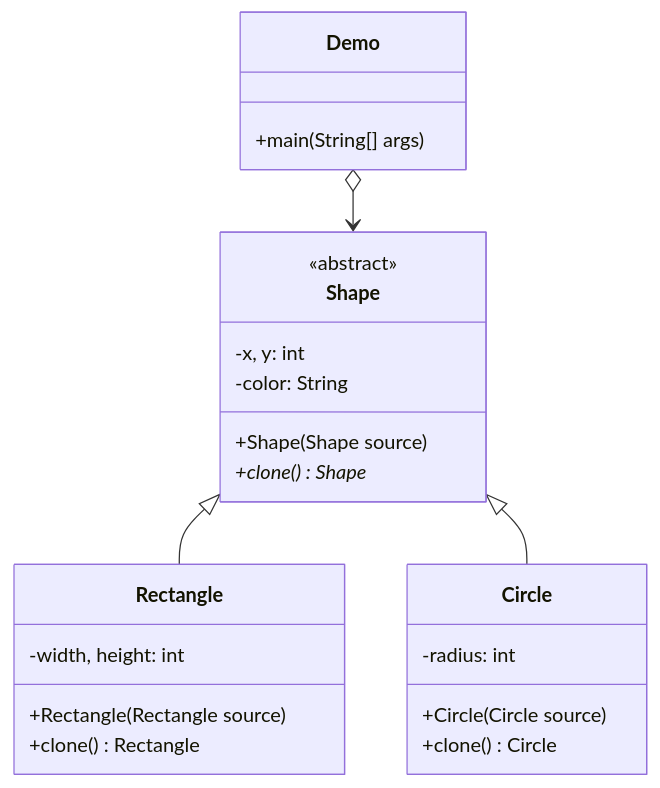
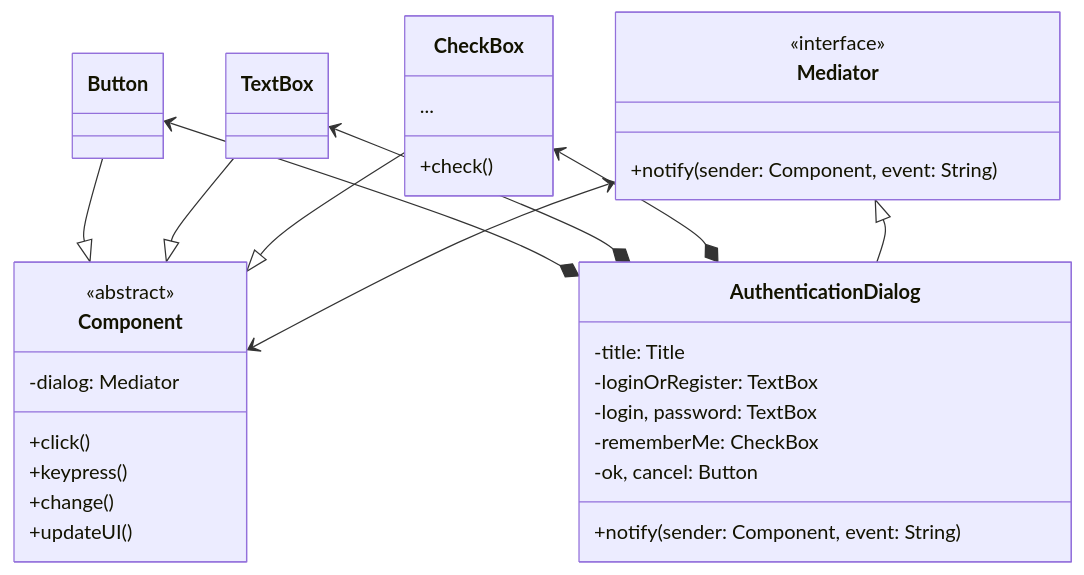
Before and after one commit to malibayram/doktora_yeterlik: the third of 5 diagrams in BLM5111_Nesneye_Dayali_Tasarim_ve_Modelleme/behavioral_patterns.md, drawn with Mermaid. The commit also changed other lines of this file and 3 other files, not shown here.

````diff
--- a/BLM5111_Nesneye_Dayali_Tasarim_ve_Modelleme/behavioral_patterns.md
+++ b/BLM5111_Nesneye_Dayali_Tasarim_ve_Modelleme/behavioral_patterns.md
@@ -575,26 +260,35 @@
 ```mermaid
 classDiagram
-class Shape {
-    -x, y: int
-    -color: String
-    +Shape(Shape source)
-    +clone() Shape*
+class Mediator {
+    +notify(sender: Component, event: String)
 }
-<<abstract>> Shape
-class Rectangle {
-    -width, height: int
-    +Rectangle(Rectangle source)
-    +clone() Rectangle
+<<interface>> Mediator
+class AuthenticationDialog {
+    -title: Title
+    -loginOrRegister: TextBox
+    -login, password: TextBox
+    -rememberMe: CheckBox
+    -ok, cancel: Button
+    +notify(sender: Component, event: String)
 }
-class Circle {
-    -radius: int
-    +Circle(Circle source)
-    +clone() Circle
+class Component {
+    -dialog: Mediator
+    +click()
+    +keypress()
+    +change()
+    +updateUI()
 }
-class Demo {
-    +main(String[] args)
+<<abstract>> Component
+class CheckBox {
+    ...
+    +check()
 }
-Shape <|-- Rectangle
-Shape <|-- Circle
-Demo o--> Shape
+Button --|> Component
+TextBox --|> Component
+CheckBox --|> Component
+Button <--* AuthenticationDialog
+TextBox <--* AuthenticationDialog
+CheckBox <--* AuthenticationDialog
+Mediator <--> Component
+Mediator <|-- AuthenticationDialog
 ```
````
